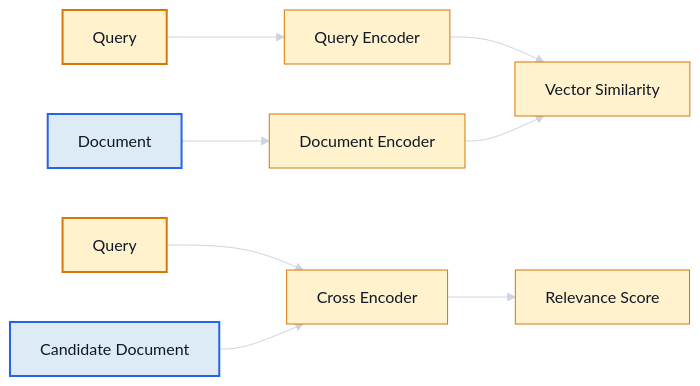
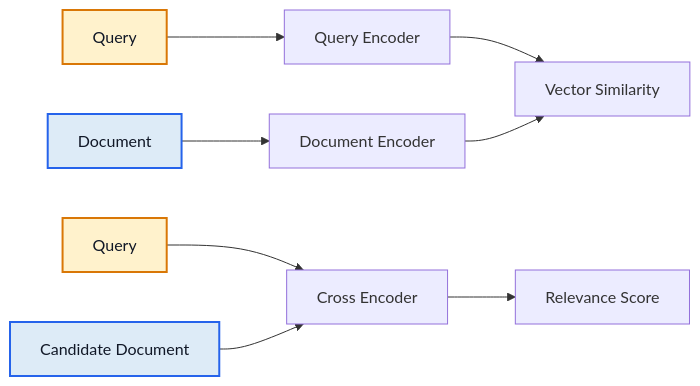
Before and after one commit to azam123/awesome-ai-engineer: diagram 11 of 26 in AI-Engineer-Interview-Questions-2026.md, drawn with Mermaid. The commit also changed other lines of this file, not shown here.

Commit message:
docs: fix GitHub Mermaid rendering compatibility

````diff
--- a/AI-Engineer-Interview-Questions-2026.md
+++ b/AI-Engineer-Interview-Questions-2026.md
@@ -778,16 +768,15 @@
 ```mermaid
 flowchart LR
-%%{init: {"theme":"base","themeVariables":{"background":"#111827","primaryColor":"#FFF2CC","primaryTextColor":"#111827","primaryBorderColor":"#D97706","lineColor":"#CBD5E1","secondaryColor":"#DDEBF7","secondaryTextColor":"#111827","secondaryBorderColor":"#2563EB","tertiaryColor":"#E2F0D9","tertiaryTextColor":"#111827","tertiaryBorderColor":"#15803D","noteBkgColor":"#FFF2CC","noteTextColor":"#111827","noteBorderColor":"#D97706","actorBkg":"#DDEBF7","actorBorder":"#2563EB","actorTextColor":"#111827","signalColor":"#E5E7EB","signalTextColor":"#111827","labelBoxBkgColor":"#FFF2CC","labelBoxBorderColor":"#D97706","labelTextColor":"#111827"}}}%%
+A[Query] --> B[Query Encoder]
+C[Document] --> D[Document Encoder]
+B --> E[Vector Similarity]
+D --> E
+F[Query] --> G[Cross Encoder]
+H[Candidate Document] --> G
+G --> I[Relevance Score]
+class A,F yellow
+class C,H blue
 classDef yellow fill:#FFF2CC,stroke:#D97706,stroke-width:2px,color:#111827;
 classDef blue fill:#DDEBF7,stroke:#2563EB,stroke-width:2px,color:#111827;
 classDef green fill:#E2F0D9,stroke:#15803D,stroke-width:2px,color:#111827;
-    A[Query] --> B[Query Encoder]
-    C[Document] --> D[Document Encoder]
-    B --> E[Vector Similarity]
-    D --> E
-    F[Query] --> G[Cross Encoder]
-    H[Candidate Document] --> G
-    G --> I[Relevance Score]
-    class A,F yellow;
-    class C,H blue;
 ```
````
